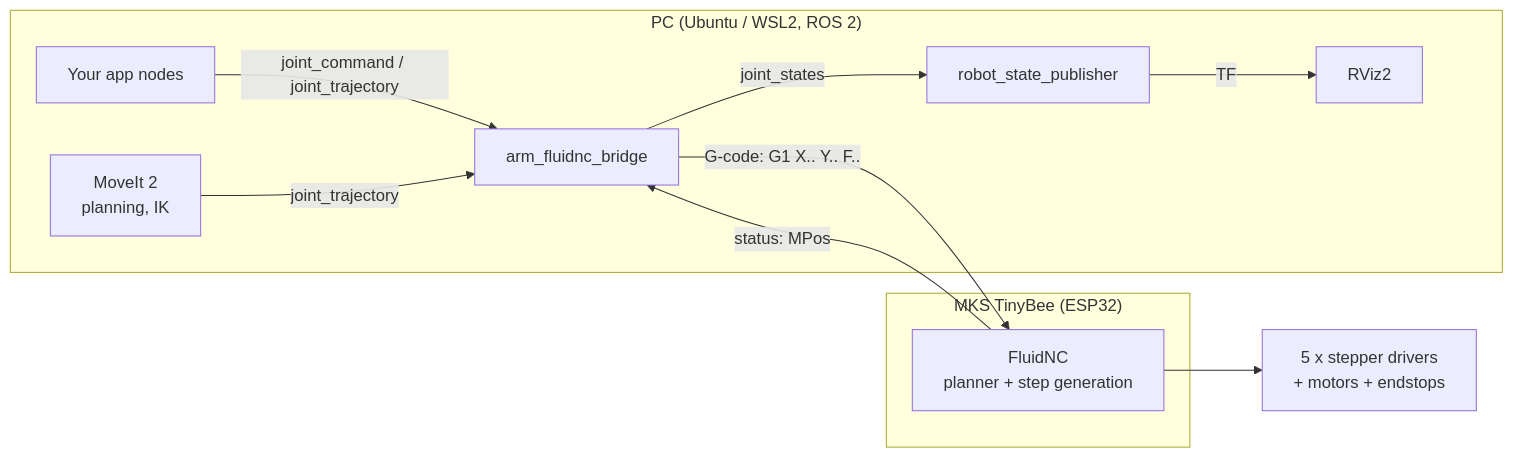
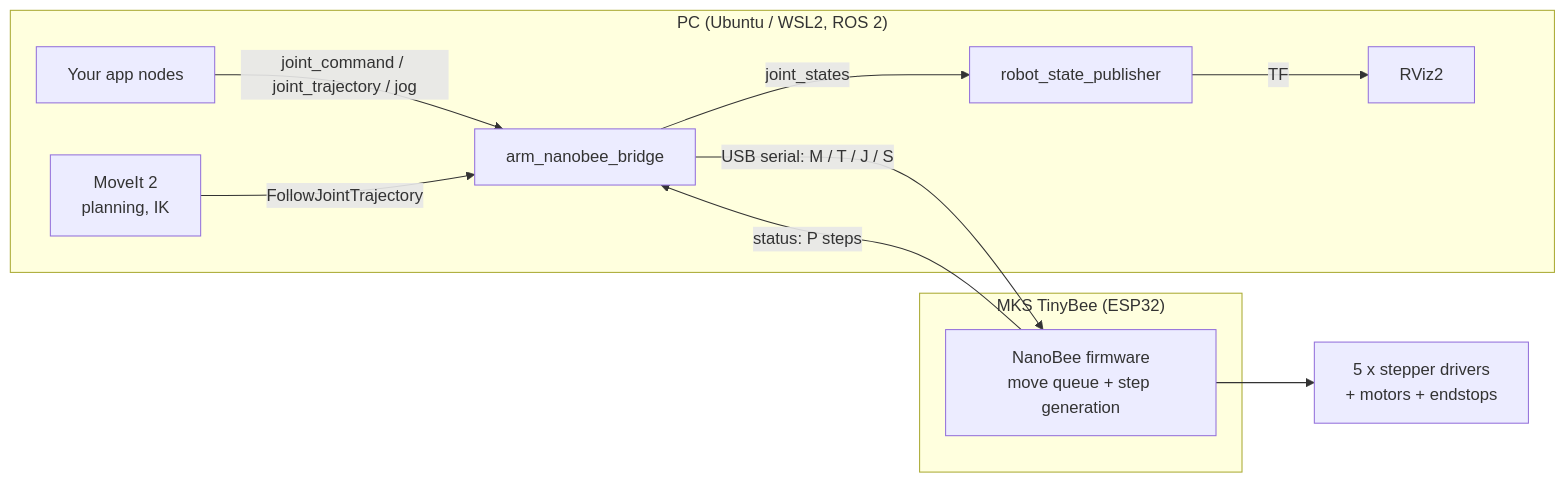
Before and after one commit to panjacob/ROS2: the diagram in docs/01-architecture.md, drawn with Mermaid. The commit also changed other lines of this file and 50 other files, not shown here.

Commit message:
Integrate NanoBee to ROS2

````diff
--- a/docs/01-architecture.md
+++ b/docs/01-architecture.md
@@ -5,22 +5,22 @@
 ```mermaid
 flowchart LR
     subgraph PC["PC (Ubuntu / WSL2, ROS 2)"]
         RVIZ[RViz2]
         MOVEIT[MoveIt 2<br/>planning, IK]
         APP[Your app nodes]
         RSP[robot_state_publisher]
-        BRIDGE[arm_fluidnc_bridge]
+        BRIDGE[arm_nanobee_bridge]
     end
     subgraph MCU["MKS TinyBee (ESP32)"]
-        FNC[FluidNC<br/>planner + step generation]
+        FNC[NanoBee firmware<br/>move queue + step generation]
     end
     MOTORS[5 x stepper drivers<br/>+ motors + endstops]
 
-    APP -->|joint_command / joint_trajectory| BRIDGE
-    MOVEIT -->|joint_trajectory| BRIDGE
-    BRIDGE -->|G-code: G1 X.. Y.. F..| FNC
-    FNC -->|status: MPos| BRIDGE
+    APP -->|joint_command / joint_trajectory / jog| BRIDGE
+    MOVEIT -->|FollowJointTrajectory| BRIDGE
+    BRIDGE -->|USB serial: M / T / J / S| FNC
+    FNC -->|status: P steps| BRIDGE
     BRIDGE -->|joint_states| RSP
     RSP -->|TF| RVIZ
     FNC --> MOTORS
 ```
````
